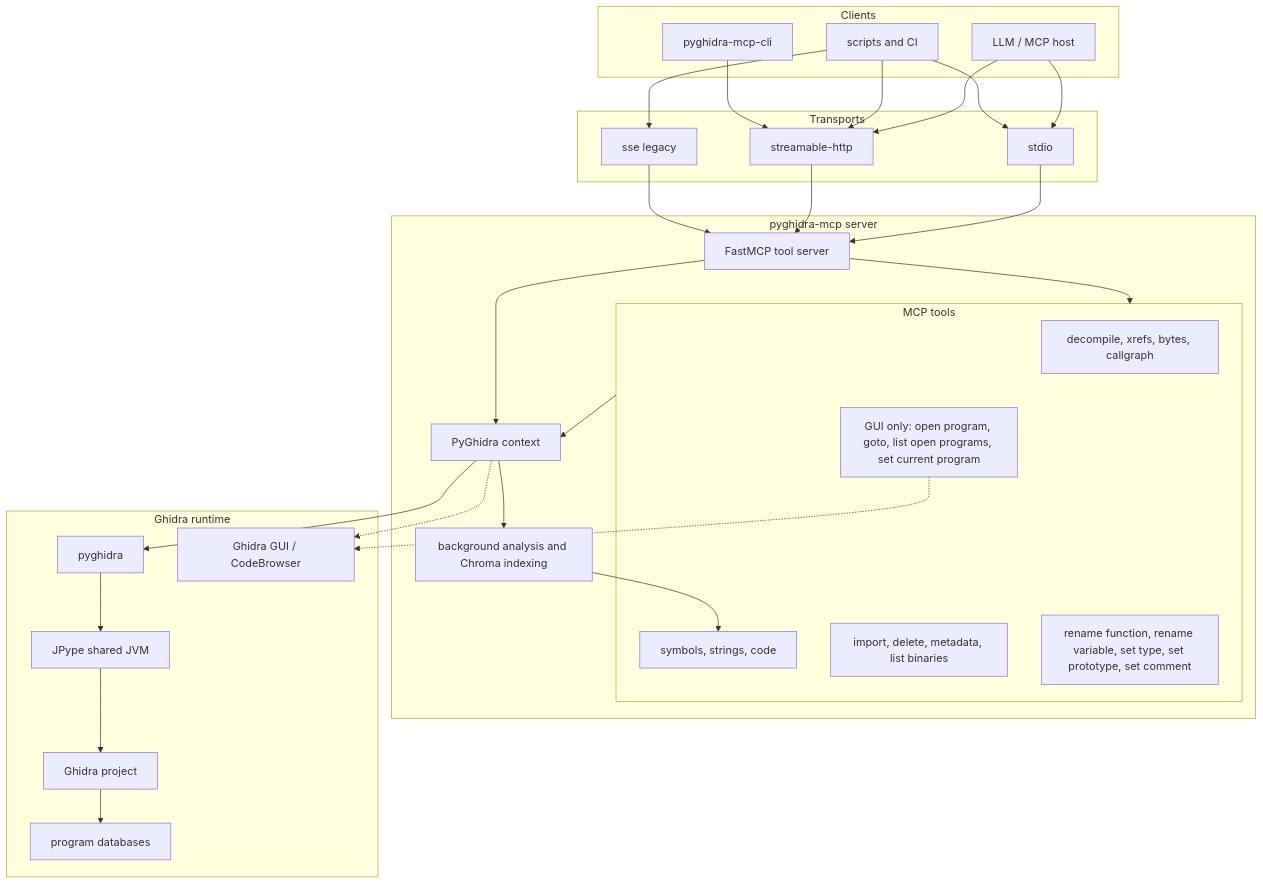
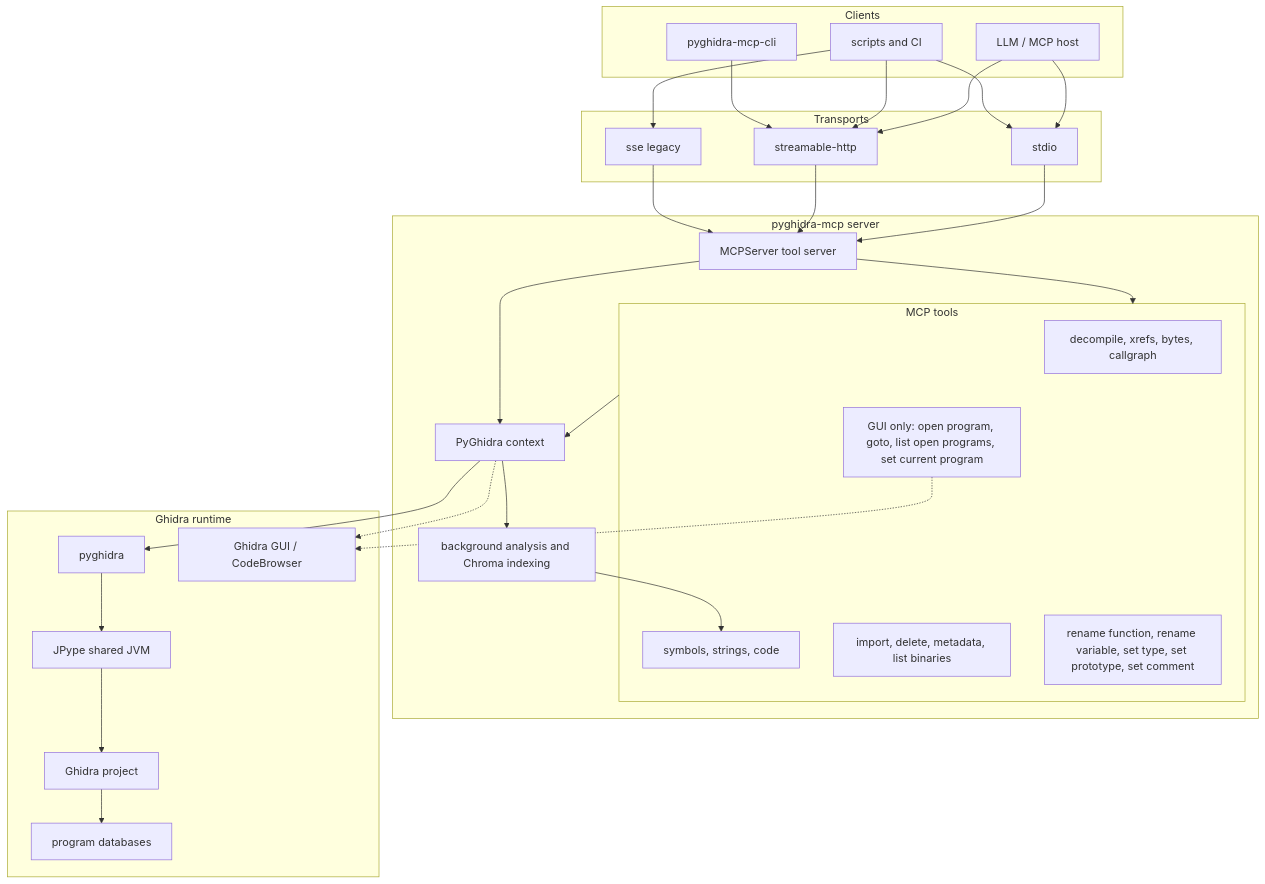
The third of 3 diagrams in README.md (clearbluejar/pyghidra-mcp), drawn with Mermaid before and after one commit. The commit also changed other lines of this file and 14 other files, not shown here.

Commit message:
Preserve tool error semantics under MCP 2

````diff
--- a/README.md
+++ b/README.md
@@ -101,60 +101,60 @@
 ```mermaid
 flowchart TD
     subgraph Clients
         Agent["LLM / MCP host"]
         Cli["pyghidra-mcp-cli"]
         Automation["scripts and CI"]
     end
 
     subgraph Transports
         Stdio["stdio"]
         Http["streamable-http"]
         Sse["sse legacy"]
     end
 
     subgraph Server["pyghidra-mcp server"]
-        FastMcp["FastMCP tool server"]
+        McpServer["MCPServer tool server"]
         Context["PyGhidra context"]
         Indexing["background analysis and Chroma indexing"]
 
         subgraph Tools["MCP tools"]
             Analysis["decompile, xrefs, bytes, callgraph"]
             Search["symbols, strings, code"]
             ProjectOps["import, delete, metadata, list binaries"]
             Edits["rename function, rename variable, set type, set prototype, set comment"]
             GuiOnly["GUI only: open program, goto, list open programs, set current program"]
         end
     end
 
     subgraph GhidraRuntime["Ghidra runtime"]
         PyGhidra["pyghidra"]
         Jpype["JPype shared JVM"]
         Project["Ghidra project"]
         Programs["program databases"]
         CodeBrowser["Ghidra GUI / CodeBrowser"]
     end
 
     Agent --> Stdio
     Agent --> Http
     Automation --> Stdio
     Automation --> Http
     Automation --> Sse
     Cli --> Http
 
-    Stdio --> FastMcp
-    Http --> FastMcp
-    Sse --> FastMcp
+    Stdio --> McpServer
+    Http --> McpServer
+    Sse --> McpServer
 
-    FastMcp --> Context
+    McpServer --> Context
     Context --> PyGhidra
     PyGhidra --> Jpype
     Jpype --> Project
     Project --> Programs
     Context --> Indexing
     Indexing --> Search
 
-    FastMcp --> Tools
+    McpServer --> Tools
     Tools --> Context
     GuiOnly -.-> CodeBrowser
     Context -.-> CodeBrowser
 ```
````
